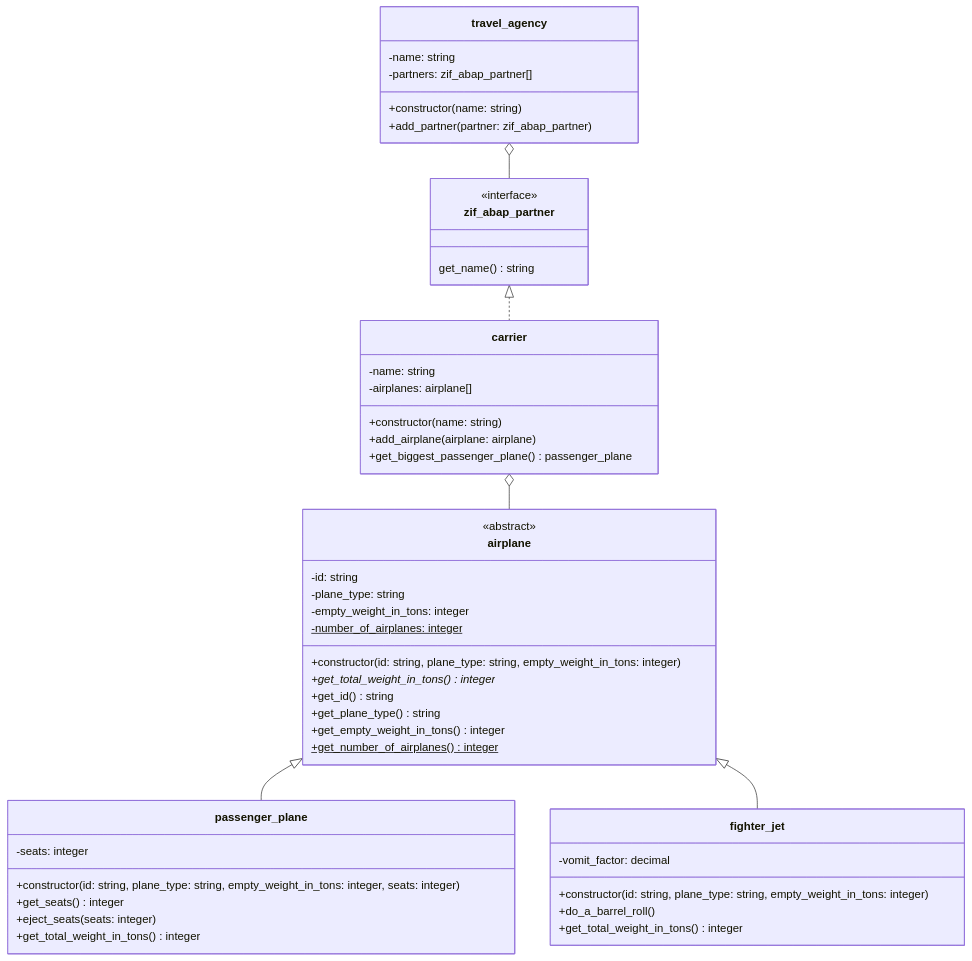
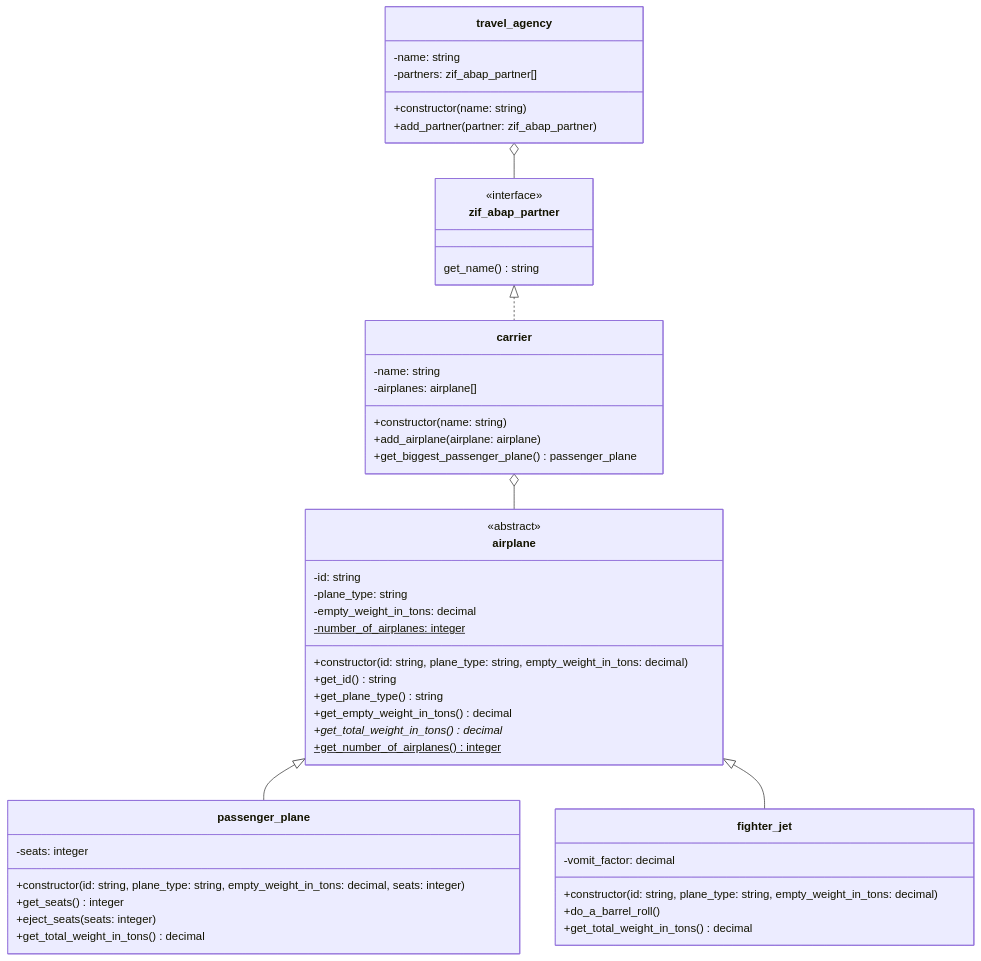
One commit to appenmaier/s4hana changed the diagram in docs/exercises/abap-objects/abap-objects-09.md. Above: the diagram before and after it, drawn with Mermaid. The commit also changed 7 other files, not shown here.

````diff
--- a/docs/exercises/abap-objects/abap-objects-09.md
+++ b/docs/exercises/abap-objects/abap-objects-09.md
@@ -12,57 +12,57 @@
 ```mermaid
 classDiagram
    carrier o-- airplane
    airplane <|-- passenger_plane
    airplane <|-- fighter_jet
    zif_abap_partner <|.. carrier
    travel_agency o-- zif_abap_partner
 
    class airplane {
       <<abstract>>
       -id: string
       -plane_type: string
-      -empty_weight_in_tons: integer
+      -empty_weight_in_tons: decimal
       -number_of_airplanes: integer$
-      +constructor(id: string, plane_type: string, empty_weight_in_tons: integer)
-      +get_total_weight_in_tons() integer*
+      +constructor(id: string, plane_type: string, empty_weight_in_tons: decimal)
       +get_id() string
       +get_plane_type() string
-      +get_empty_weight_in_tons() integer
+      +get_empty_weight_in_tons() decimal
+      +get_total_weight_in_tons() decimal*
       +get_number_of_airplanes() integer$
    }
 
    class passenger_plane {
       -seats: integer
-      +constructor(id: string, plane_type: string, empty_weight_in_tons: integer, seats: integer)
+      +constructor(id: string, plane_type: string, empty_weight_in_tons: decimal, seats: integer)
       +get_seats() integer
       +eject_seats(seats: integer)
-      +get_total_weight_in_tons() integer
+      +get_total_weight_in_tons() decimal
    }
 
    class fighter_jet {
       -vomit_factor: decimal
-      +constructor(id: string, plane_type: string, empty_weight_in_tons: integer)
+      +constructor(id: string, plane_type: string, empty_weight_in_tons: decimal)
       +do_a_barrel_roll()
-      +get_total_weight_in_tons() integer
+      +get_total_weight_in_tons() decimal
    }
 
    class carrier {
       -name: string
       -airplanes: airplane[]
       +constructor(name: string)
       +add_airplane(airplane: airplane)
       +get_biggest_passenger_plane() passenger_plane
    }
 
    class zif_abap_partner {
       <<interface>>
       get_name() string
    }
 
    class travel_agency {
       -name: string
       -partners: zif_abap_partner[]
       +constructor(name: string)
       +add_partner(partner: zif_abap_partner)
    }
 ```
````
